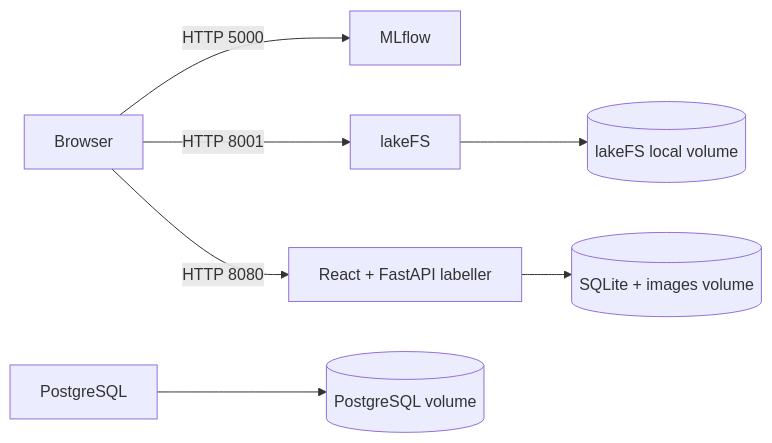
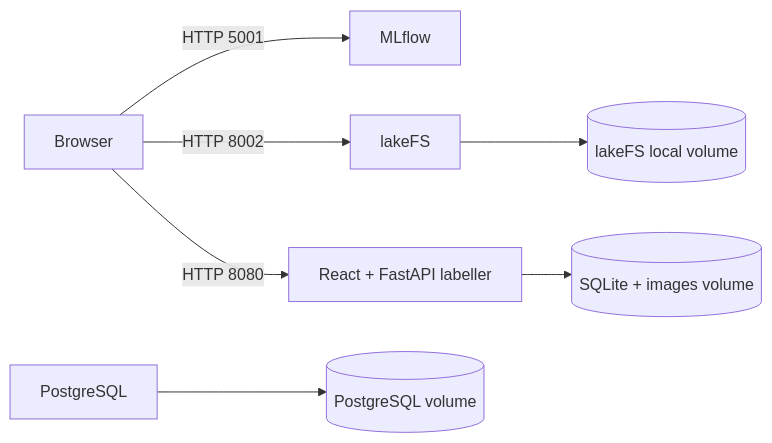
One commit to wecet/ai-infra changed the diagram in design/README.md. Above: the diagram before and after it, drawn with Mermaid. The commit also changed 10 other files, not shown here.

````diff
--- a/design/README.md
+++ b/design/README.md
@@ -3,9 +3,9 @@
 ```mermaid
 flowchart LR
-    Browser -->|HTTP 5000| MLflow
-    Browser -->|HTTP 8001| lakeFS
+    Browser -->|HTTP 5001| MLflow
+    Browser -->|HTTP 8002| lakeFS
     Browser -->|HTTP 8080| Labeller[React + FastAPI labeller]
     lakeFS --> LakeData[(lakeFS local volume)]
     Labeller --> LabelData[(SQLite + images volume)]
     PostgreSQL --> PGData[(PostgreSQL volume)]
 ```
````
